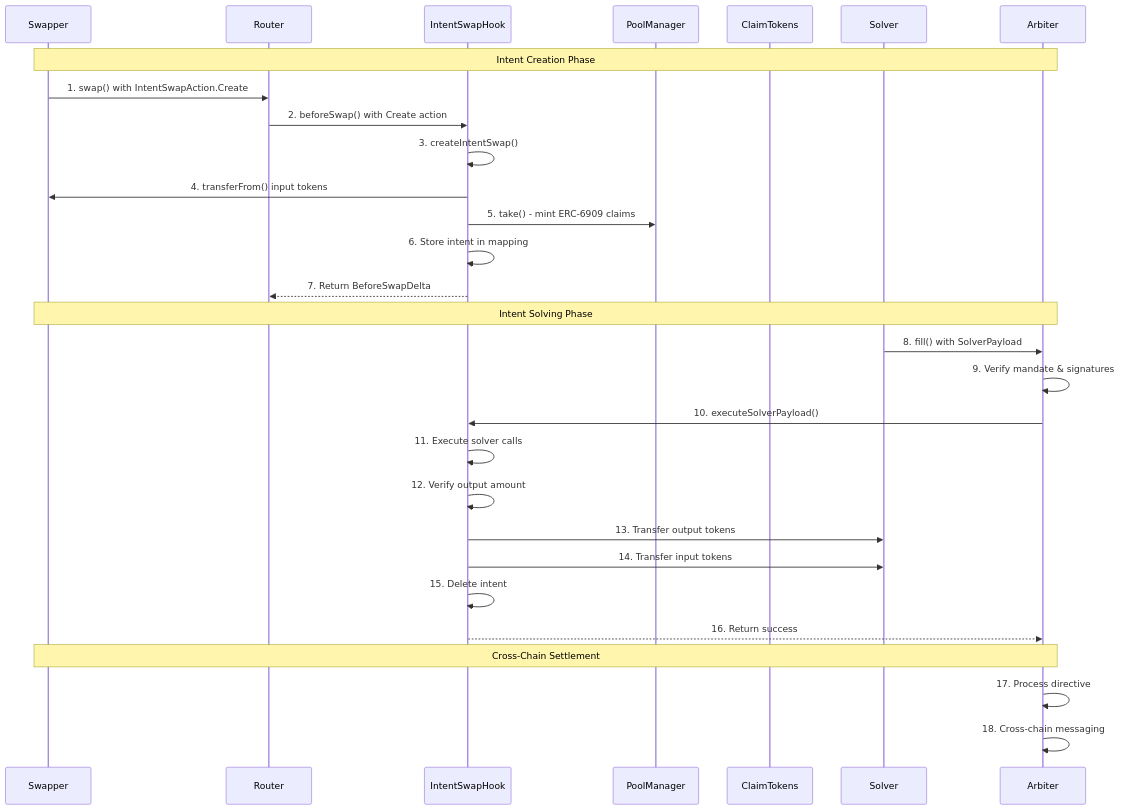
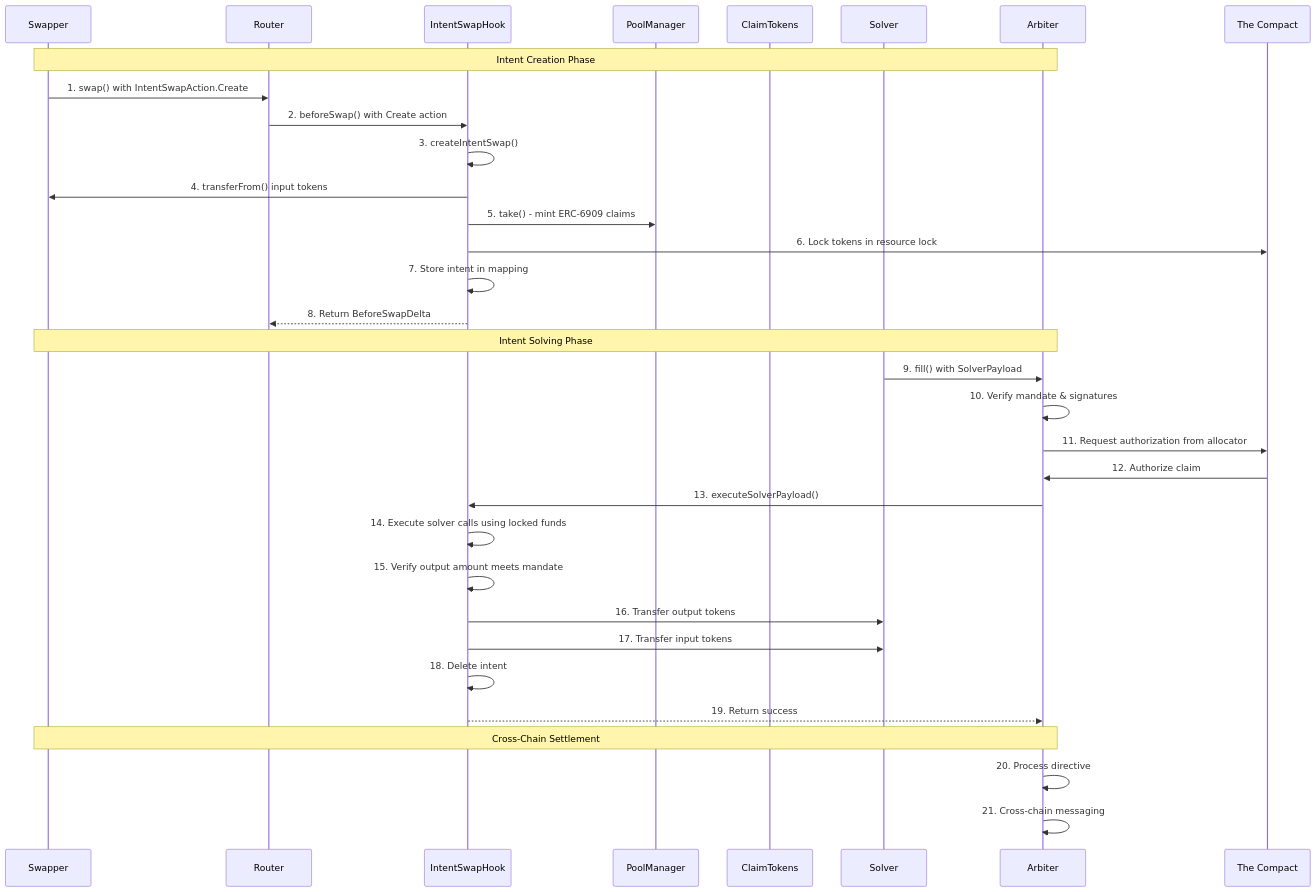
Before and after one commit to jincubator/docs: the seventh of 7 diagrams in docs/pages/research/brainstorming/design.md, drawn with Mermaid. The commit also changed other lines of this file and 1 other file, not shown here.

````diff
--- a/docs/pages/research/brainstorming/design.md
+++ b/docs/pages/research/brainstorming/design.md
@@ -803,34 +964,38 @@
 ```mermaid
 sequenceDiagram
     participant S as Swapper
     participant R as Router
     participant H as IntentSwapHook
     participant PM as PoolManager
     participant CT as ClaimTokens
     participant SOL as Solver
     participant A as Arbiter
+    participant C as The Compact
 
     Note over S,A: Intent Creation Phase
     S->>R: 1. swap() with IntentSwapAction.Create
     R->>H: 2. beforeSwap() with Create action
     H->>H: 3. createIntentSwap()
     H->>S: 4. transferFrom() input tokens
     H->>PM: 5. take() - mint ERC-6909 claims
-    H->>H: 6. Store intent in mapping
-    H-->>R: 7. Return BeforeSwapDelta
+    H->>C: 6. Lock tokens in resource lock
+    H->>H: 7. Store intent in mapping
+    H-->>R: 8. Return BeforeSwapDelta
 
     Note over S,A: Intent Solving Phase
-    SOL->>A: 8. fill() with SolverPayload
-    A->>A: 9. Verify mandate & signatures
-    A->>H: 10. executeSolverPayload()
-    H->>H: 11. Execute solver calls
-    H->>H: 12. Verify output amount
-    H->>SOL: 13. Transfer output tokens
-    H->>SOL: 14. Transfer input tokens
-    H->>H: 15. Delete intent
-    H-->>A: 16. Return success
+    SOL->>A: 9. fill() with SolverPayload
+    A->>A: 10. Verify mandate & signatures
+    A->>C: 11. Request authorization from allocator
+    C->>A: 12. Authorize claim
+    A->>H: 13. executeSolverPayload()
+    H->>H: 14. Execute solver calls using locked funds
+    H->>H: 15. Verify output amount meets mandate
+    H->>SOL: 16. Transfer output tokens
+    H->>SOL: 17. Transfer input tokens
+    H->>H: 18. Delete intent
+    H-->>A: 19. Return success
 
     Note over S,A: Cross-Chain Settlement
-    A->>A: 17. Process directive
-    A->>A: 18. Cross-chain messaging
+    A->>A: 20. Process directive
+    A->>A: 21. Cross-chain messaging
 ```
````
